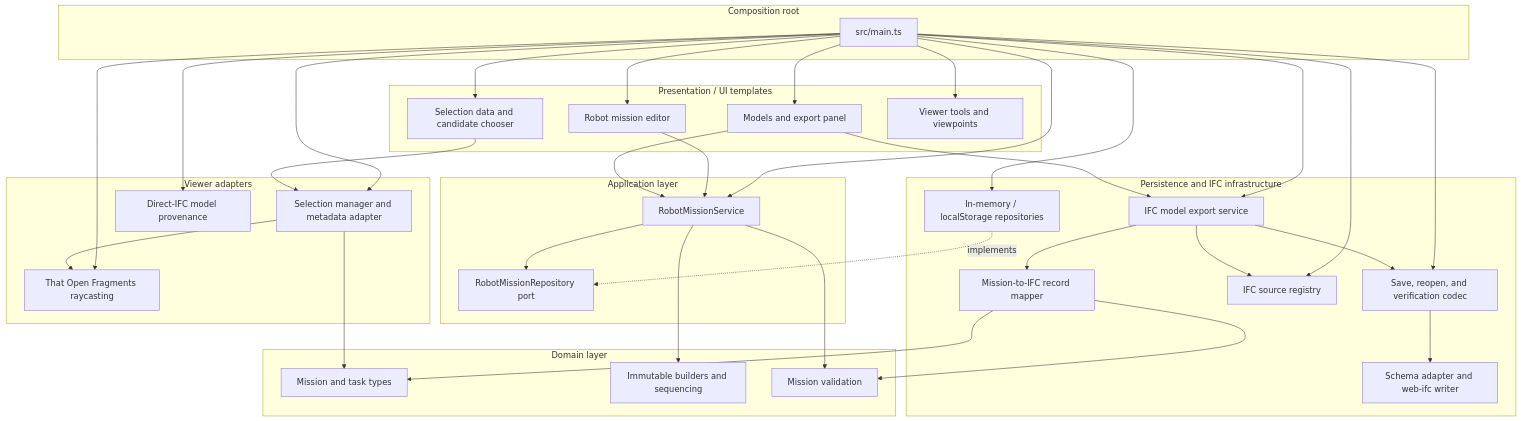
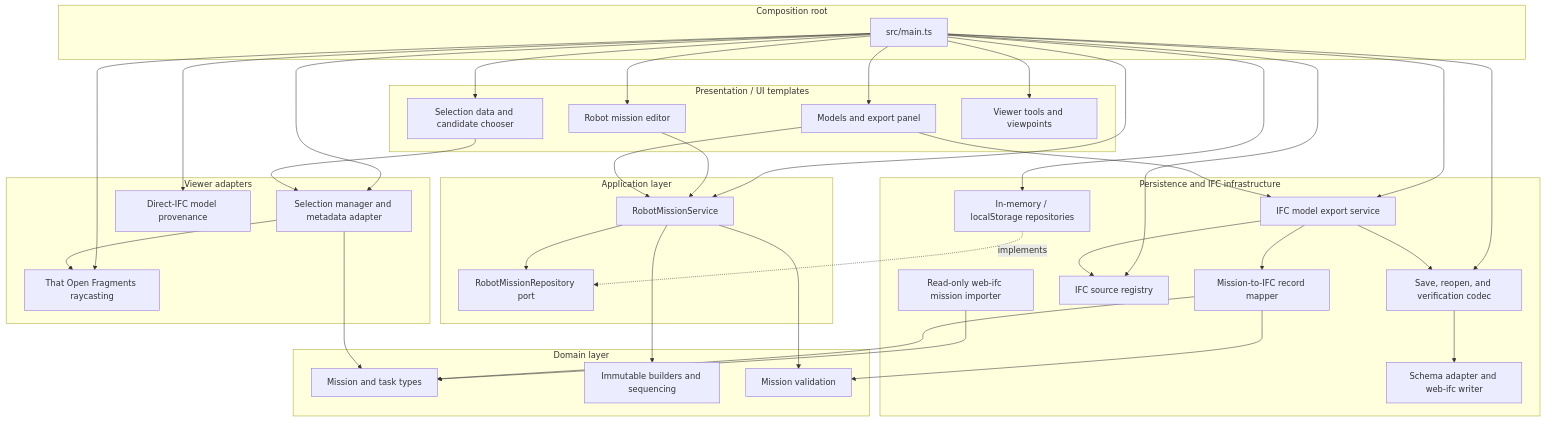
The fourth of 4 diagrams in README.md (Tobilan/poc_thatopen), drawn with Mermaid before and after one commit. The commit also changed other lines of this file and 12 other files, not shown here.

Commit message:
reconstruct mission from annotated IFC

````diff
--- a/README.md
+++ b/README.md
@@ -410,69 +446,71 @@
 ```mermaid
 flowchart TB
   subgraph UI[Presentation / UI templates]
     Models[Models and export panel]
     SelectionUI[Selection data and candidate chooser]
     MissionUI[Robot mission editor]
     ViewerUI[Viewer tools and viewpoints]
   end
 
   subgraph Composition[Composition root]
     Main[src/main.ts]
   end
 
   subgraph Viewer[Viewer adapters]
     Fragments[That Open Fragments raycasting]
     Selection[Selection manager and metadata adapter]
     Provenance[Direct-IFC model provenance]
   end
 
   subgraph Application[Application layer]
     Service[RobotMissionService]
     RepoPort[RobotMissionRepository port]
   end
 
   subgraph Domain[Domain layer]
     Types[Mission and task types]
     Builders[Immutable builders and sequencing]
     Validation[Mission validation]
   end
 
   subgraph Infrastructure[Persistence and IFC infrastructure]
     Repositories[In-memory / localStorage repositories]
     Mapper[Mission-to-IFC record mapper]
     Registry[IFC source registry]
     ExportService[IFC model export service]
     Writer[Schema adapter and web-ifc writer]
     Codec[Save, reopen, and verification codec]
+    Importer[Read-only web-ifc mission importer]
   end
 
   Main --> Models
   Main --> SelectionUI
   Main --> MissionUI
   Main --> ViewerUI
   Main --> Fragments
   Main --> Selection
   Main --> Provenance
   Main --> Service
   Main --> Repositories
   Main --> Registry
   Main --> ExportService
   Main --> Codec
 
   MissionUI --> Service
   SelectionUI --> Selection
   Selection --> Fragments
   Selection --> Types
   Service --> Builders
   Service --> Validation
   Service --> RepoPort
   Repositories -. implements .-> RepoPort
   Models --> Service
   Models --> ExportService
   ExportService --> Registry
   ExportService --> Mapper
   ExportService --> Codec
   Codec --> Writer
+  Importer --> Types
   Mapper --> Validation
   Mapper --> Types
 ```
````
